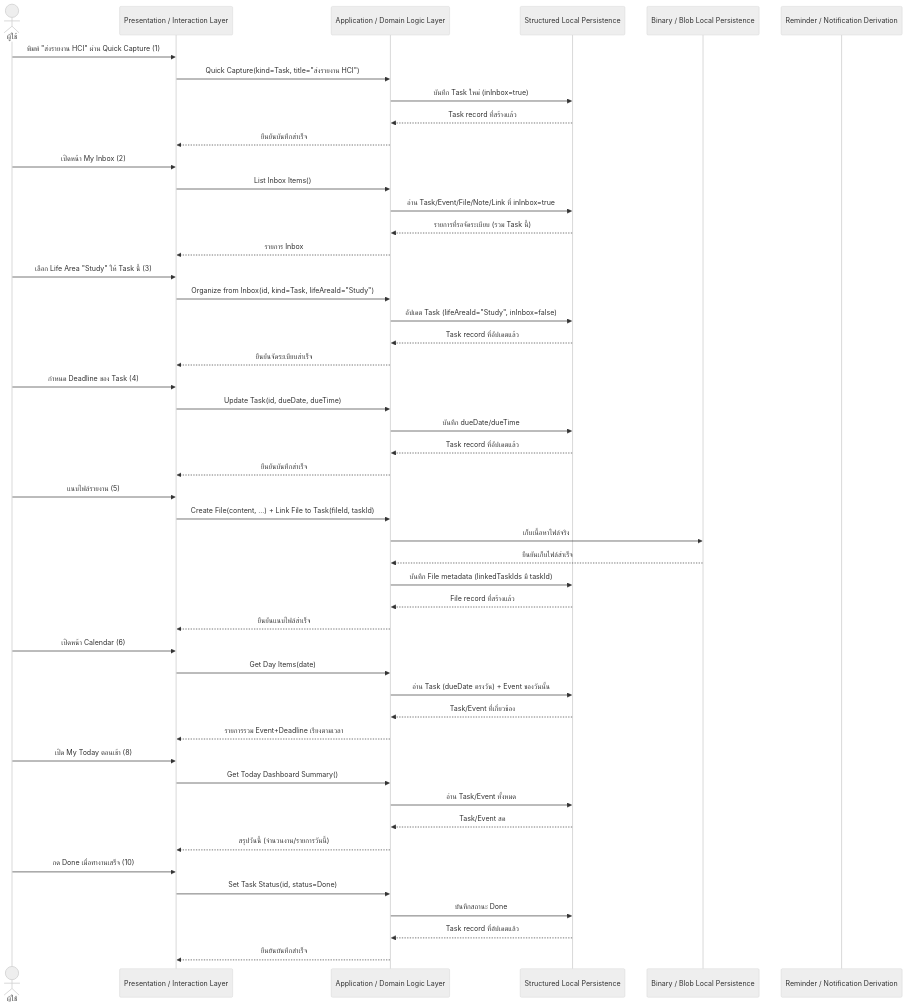
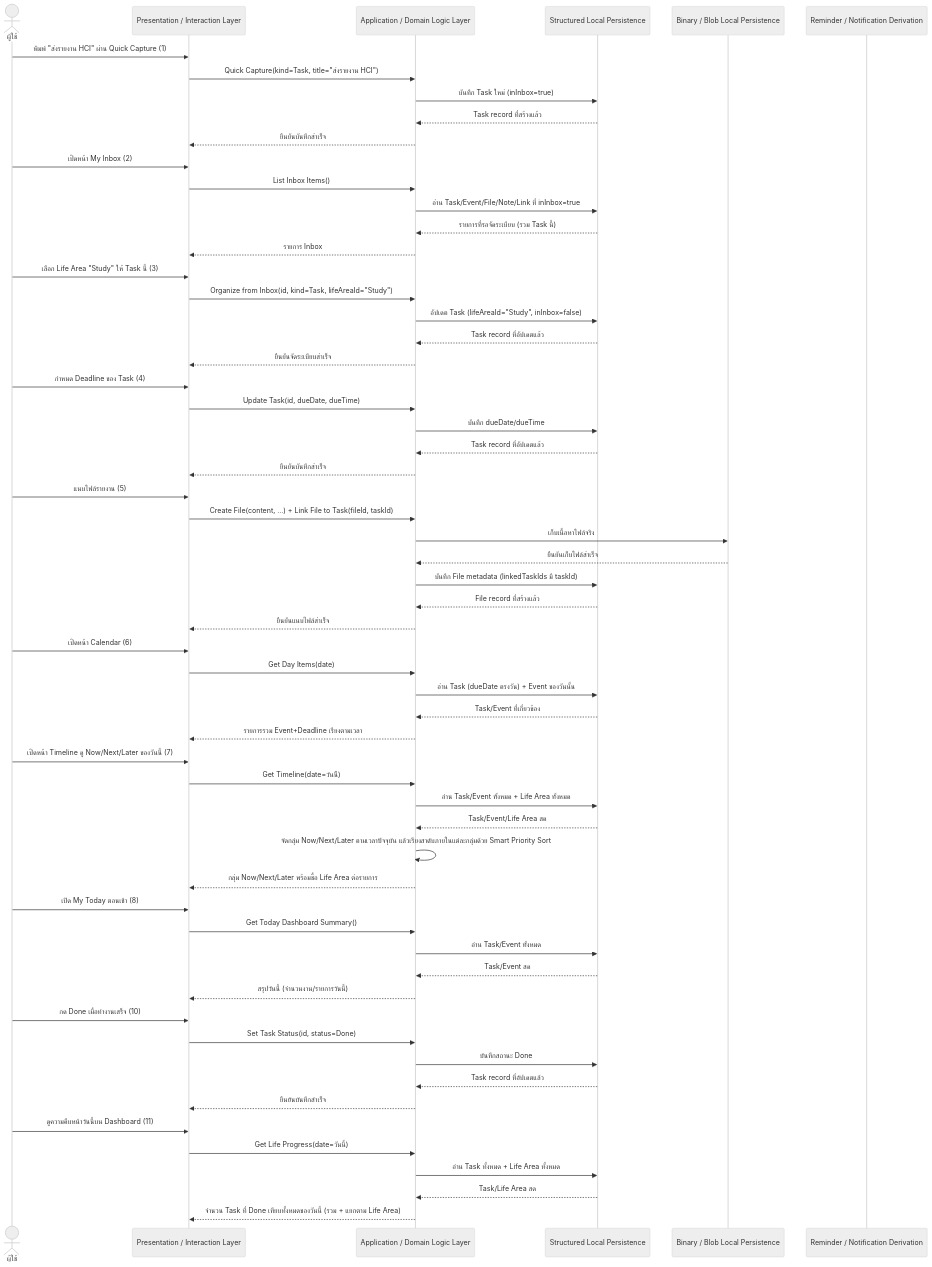
The first of 6 diagrams in .docs/02-design/02-technical/detailed-design.md (sirikorn-cmru/My-Today-Project), drawn with Mermaid (neutral theme) before and after one commit. The commit also changed other lines of this file and 8 other files, not shown here.

````diff
--- a/.docs/02-design/02-technical/detailed-design.md
+++ b/.docs/02-design/02-technical/detailed-design.md
@@ -19,59 +19,72 @@
 ```mermaid
 sequenceDiagram
     actor User as ผู้ใช้
     participant Presentation as Presentation / Interaction Layer
     participant Domain as Application / Domain Logic Layer
     participant StructPersist as Structured Local Persistence
     participant BlobPersist as Binary / Blob Local Persistence
     participant Reminder as Reminder / Notification Derivation
 
     User->>Presentation: พิมพ์ "ส่งรายงาน HCI" ผ่าน Quick Capture (1)
     Presentation->>Domain: Quick Capture(kind=Task, title="ส่งรายงาน HCI")
     Domain->>StructPersist: บันทึก Task ใหม่ (inInbox=true)
     StructPersist-->>Domain: Task record ที่สร้างแล้ว
     Domain-->>Presentation: ยืนยันบันทึกสำเร็จ
 
     User->>Presentation: เปิดหน้า My Inbox (2)
     Presentation->>Domain: List Inbox Items()
     Domain->>StructPersist: อ่าน Task/Event/File/Note/Link ที่ inInbox=true
     StructPersist-->>Domain: รายการที่รอจัดระเบียบ (รวม Task นี้)
     Domain-->>Presentation: รายการ Inbox
 
     User->>Presentation: เลือก Life Area "Study" ให้ Task นี้ (3)
     Presentation->>Domain: Organize from Inbox(id, kind=Task, lifeAreaId="Study")
     Domain->>StructPersist: อัปเดต Task (lifeAreaId="Study", inInbox=false)
     StructPersist-->>Domain: Task record ที่อัปเดตแล้ว
     Domain-->>Presentation: ยืนยันจัดระเบียบสำเร็จ
 
     User->>Presentation: กำหนด Deadline ของ Task (4)
     Presentation->>Domain: Update Task(id, dueDate, dueTime)
     Domain->>StructPersist: บันทึก dueDate/dueTime
     StructPersist-->>Domain: Task record ที่อัปเดตแล้ว
     Domain-->>Presentation: ยืนยันบันทึกสำเร็จ
 
     User->>Presentation: แนบไฟล์รายงาน (5)
     Presentation->>Domain: Create File(content, ...) + Link File to Task(fileId, taskId)
     Domain->>BlobPersist: เก็บเนื้อหาไฟล์จริง
     BlobPersist-->>Domain: ยืนยันเก็บไฟล์สำเร็จ
     Domain->>StructPersist: บันทึก File metadata (linkedTaskIds มี taskId)
     StructPersist-->>Domain: File record ที่สร้างแล้ว
     Domain-->>Presentation: ยืนยันแนบไฟล์สำเร็จ
 
     User->>Presentation: เปิดหน้า Calendar (6)
     Presentation->>Domain: Get Day Items(date)
     Domain->>StructPersist: อ่าน Task (dueDate ตรงวัน) + Event ของวันนั้น
     StructPersist-->>Domain: Task/Event ที่เกี่ยวข้อง
     Domain-->>Presentation: รายการรวม Event+Deadline เรียงตามเวลา
 
+    User->>Presentation: เปิดหน้า Timeline ดู Now/Next/Later ของวันนี้ (7)
+    Presentation->>Domain: Get Timeline(date=วันนี้)
+    Domain->>StructPersist: อ่าน Task/Event ทั้งหมด + Life Area ทั้งหมด
+    StructPersist-->>Domain: Task/Event/Life Area สด
+    Domain->>Domain: จัดกลุ่ม Now/Next/Later ตามเวลาปัจจุบัน แล้วเรียงลำดับภายในแต่ละกลุ่มด้วย Smart Priority Sort
+    Domain-->>Presentation: กลุ่ม Now/Next/Later พร้อมชื่อ Life Area ต่อรายการ
+
     User->>Presentation: เปิด My Today ตอนเช้า (8)
     Presentation->>Domain: Get Today Dashboard Summary()
     Domain->>StructPersist: อ่าน Task/Event ทั้งหมด
     StructPersist-->>Domain: Task/Event สด
     Domain-->>Presentation: สรุปวันนี้ (จำนวนงาน/รายการวันนี้)
 
     User->>Presentation: กด Done เมื่อทำงานเสร็จ (10)
     Presentation->>Domain: Set Task Status(id, status=Done)
     Domain->>StructPersist: บันทึกสถานะ Done
     StructPersist-->>Domain: Task record ที่อัปเดตแล้ว
     Domain-->>Presentation: ยืนยันบันทึกสำเร็จ
+
+    User->>Presentation: ดูความคืบหน้าวันนี้บน Dashboard (11)
+    Presentation->>Domain: Get Life Progress(date=วันนี้)
+    Domain->>StructPersist: อ่าน Task ทั้งหมด + Life Area ทั้งหมด
+    StructPersist-->>Domain: Task/Life Area สด
+    Domain-->>Presentation: จำนวน Task ที่ Done เทียบทั้งหมดของวันนี้ (รวม + แยกตาม Life Area)
 ```
````
